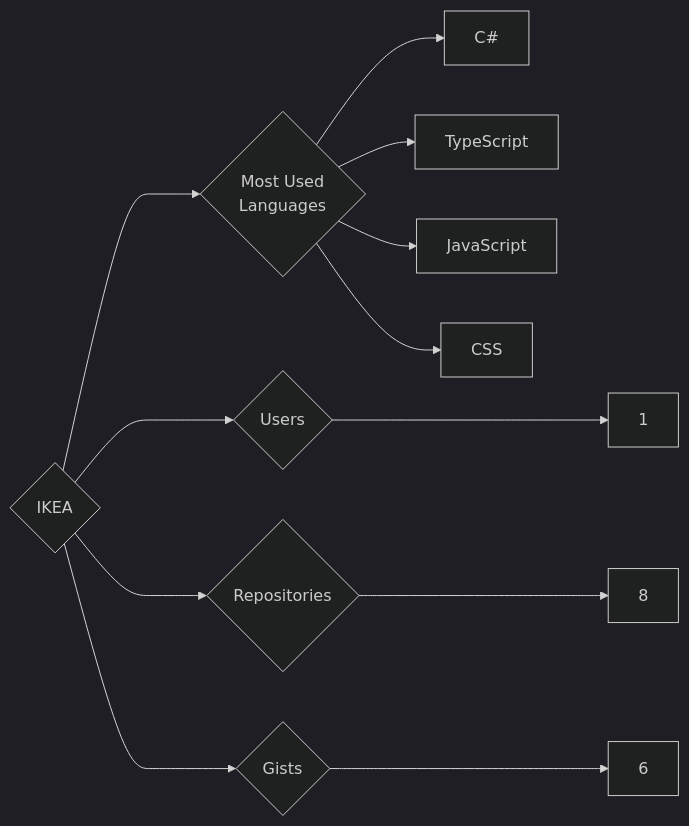
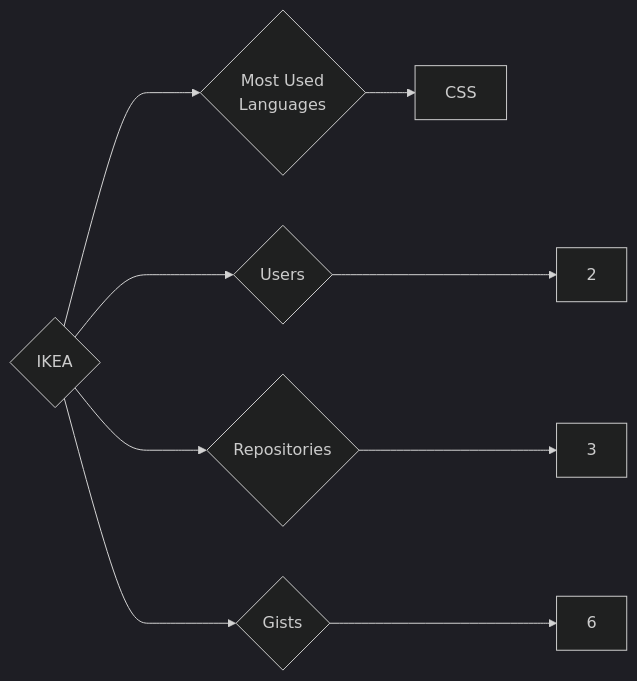
One commit to trickest/insiders changed the diagram in targets/IKEA/README.md. Above: the diagram before and after it, drawn with Mermaid (dark theme). The commit also changed 1141 other files, not shown here.

````diff
--- a/targets/IKEA/README.md
+++ b/targets/IKEA/README.md
@@ -3,12 +3,9 @@
 ```mermaid
 graph LR
 COMPANY_NAME{IKEA}
-COMPANY_NAME ---> U{Users} ---> UN[1]
-COMPANY_NAME ---> R{Repositories} ---> RN[8]
+COMPANY_NAME ---> U{Users} ---> UN[2]
+COMPANY_NAME ---> R{Repositories} ---> RN[3]
 COMPANY_NAME ---> G{Gists} ---> GN[6]
 COMPANY_NAME ---> ML{Most Used<br>Languages}
-ML --> C#[C#]
-ML --> TypeScript[TypeScript]
-ML --> JavaScript[JavaScript]
 ML --> CSS[CSS]
 ```
````
